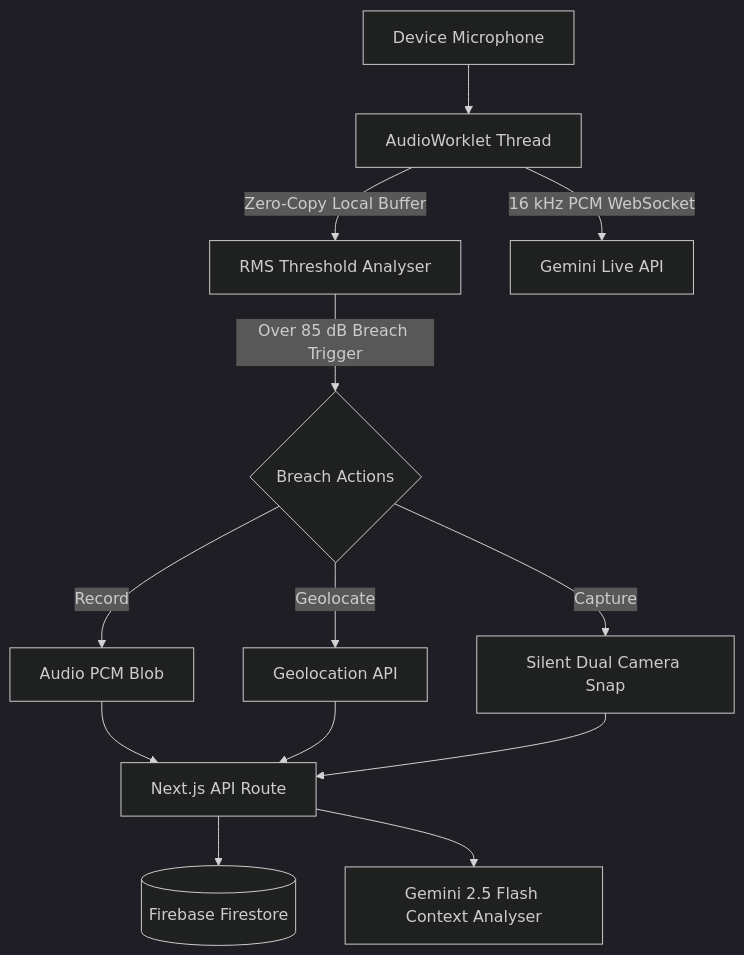
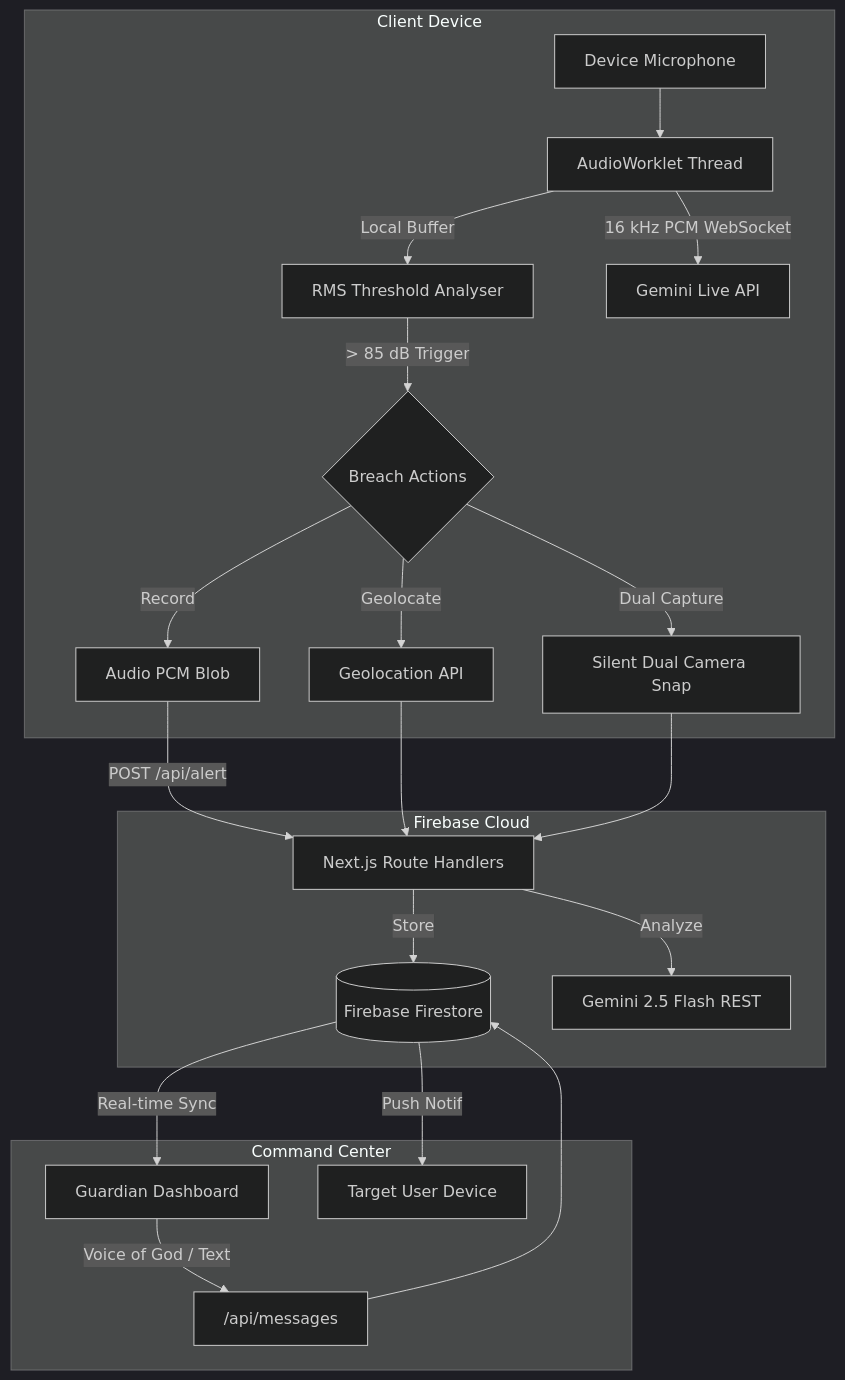
The first of 2 diagrams in README.md (frankmathewsajan/qualie), drawn with Mermaid (dark theme) before and after one commit. The commit also changed other lines of this file, not shown here.

Commit message:
docs: comprehensive update to README with architecture diagrams and feature specifications

````diff
--- a/README.md
+++ b/README.md
@@ -47,19 +49,29 @@
 ```mermaid
 graph TD
-    Mic["Device Microphone"] --> Worklet["AudioWorklet Thread"]
-    
-    Worklet -->|"Zero-Copy Local Buffer"| Volume["RMS Threshold Analyser"]
-    Worklet -->|"16 kHz PCM WebSocket"| GeminiLive["Gemini Live API"]
+    subgraph Client_Device ["Client Device"]
+        Mic["Device Microphone"] --> Worklet["AudioWorklet Thread"]
+        Worklet -->|"Local Buffer"| Volume["RMS Threshold Analyser"]
+        Worklet -->|"16 kHz PCM WebSocket"| GeminiLive["Gemini Live API"]
 
-    Volume -->|"Over 85 dB Breach Trigger"| ActionController{"Breach Actions"}
-    ActionController -->|"Capture"| Camera["Silent Dual Camera Snap"]
-    ActionController -->|"Record"| Chunk["Audio PCM Blob"]
-    ActionController -->|"Geolocate"| GPS["Geolocation API"]
+        Volume -->|"> 85 dB Trigger"| ActionController{"Breach Actions"}
+        ActionController -->|"Dual Capture"| Camera["Silent Dual Camera Snap"]
+        ActionController -->|"Record"| Chunk["Audio PCM Blob"]
+        ActionController -->|"Geolocate"| GPS["Geolocation API"]
+    end
 
-    Chunk --> RouteHandler["Next.js API Route"]
-    GPS --> RouteHandler
-    Camera --> RouteHandler
-    
-    RouteHandler --> Firestore[("Firebase Firestore")]
-    RouteHandler --> GeminiREST["Gemini 2.5 Flash Context Analyser"]
+    subgraph Firebase_Cloud ["Firebase Cloud"]
+        Chunk -->|"POST /api/alert"| API["Next.js Route Handlers"]
+        GPS --> API
+        Camera --> API
+        
+        API -->|"Store"| Firestore[("Firebase Firestore")]
+        API -->|"Analyze"| GeminiREST["Gemini 2.5 Flash REST"]
+    end
+
+    subgraph Command_Center ["Command Center"]
+        Firestore -->|"Real-time Sync"| Dashboard["Guardian Dashboard"]
+        Dashboard -->|"Voice of God / Text"| DispatchAPI["/api/messages"]
+        DispatchAPI --> Firestore
+        Firestore -->|"Push Notif"| ClientDevice["Target User Device"]
+    end
 ```
````
